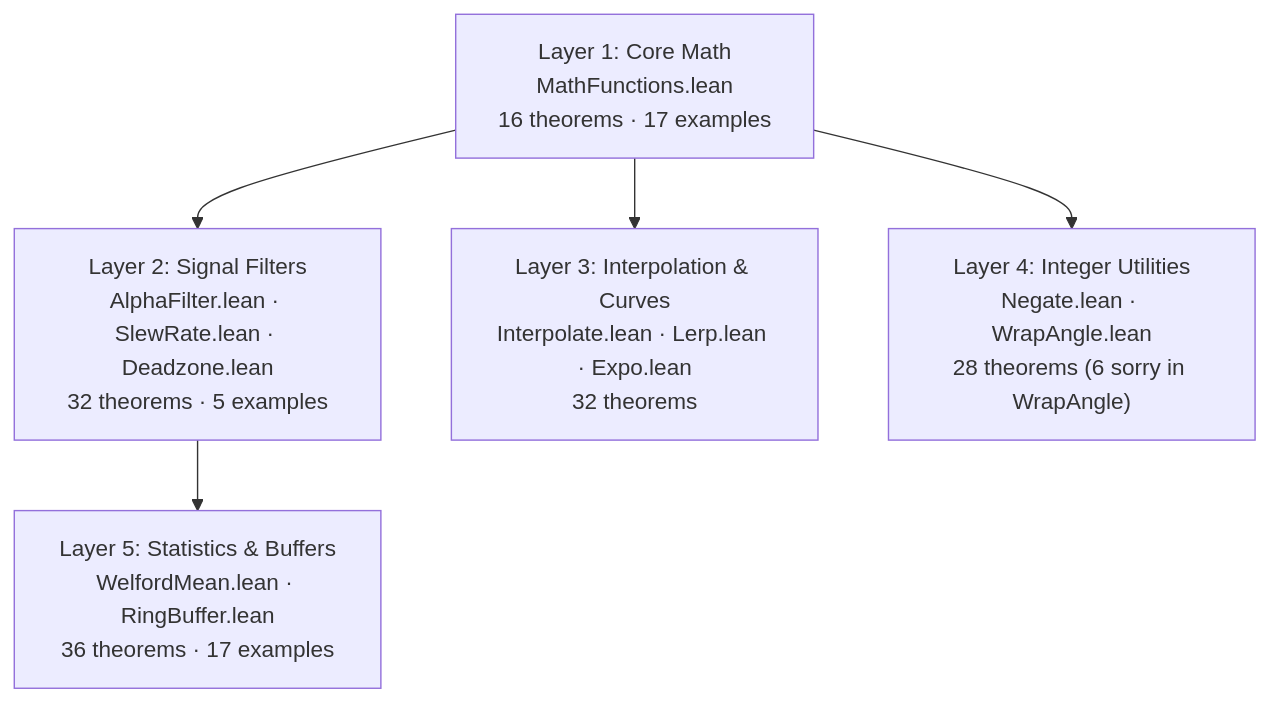
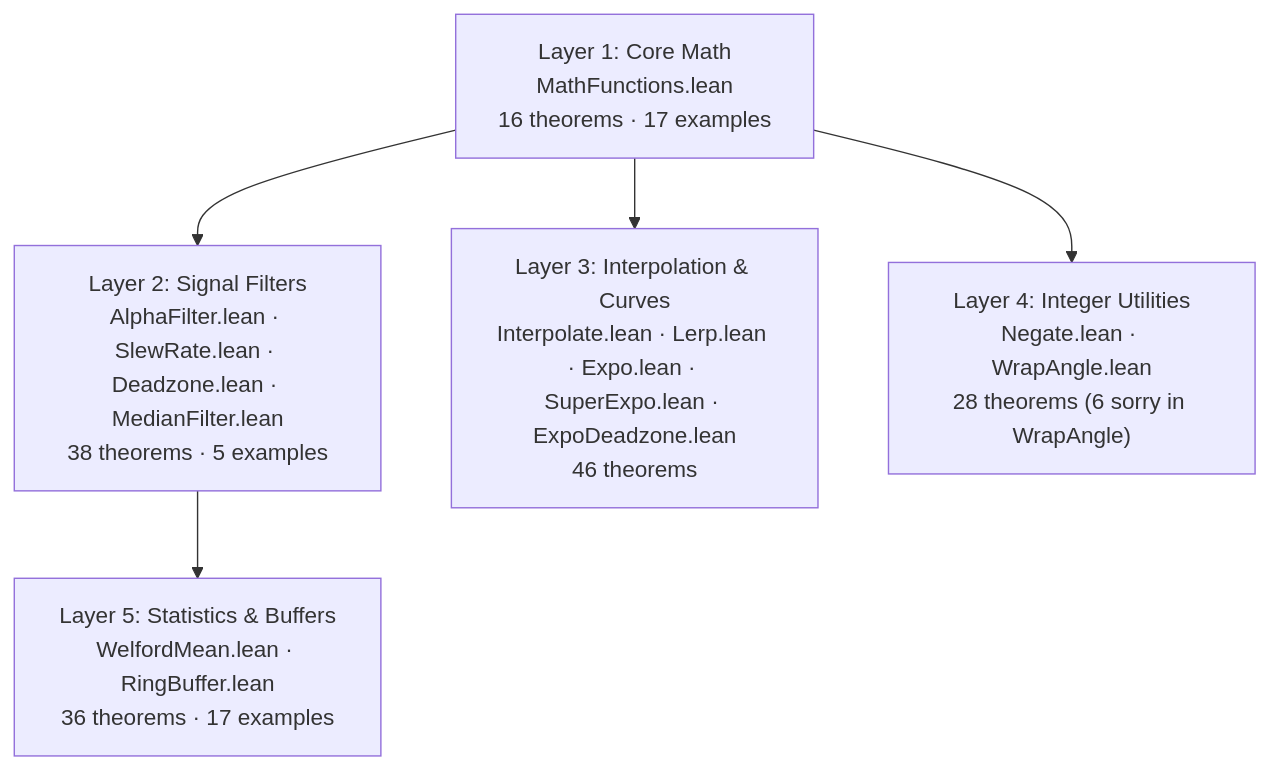
Before and after one commit to dsyme/PX4-Autopilot: the first of 12 diagrams in formal-verification/REPORT.md, drawn with Mermaid. The commit also changed other lines of this file and 3 other files, not shown here.

First line of the commit message:
feat(fv): add ExpoDeadzone Lean spec + update REPORT.md (run34)

````diff
--- a/formal-verification/REPORT.md
+++ b/formal-verification/REPORT.md
@@ -31,12 +31,12 @@
 ```mermaid
 graph TD
     L1["Layer 1: Core Math<br/>MathFunctions.lean<br/>16 theorems · 17 examples"]
-    L2a["Layer 2: Signal Filters<br/>AlphaFilter.lean · SlewRate.lean · Deadzone.lean<br/>32 theorems · 5 examples"]
-    L2b["Layer 3: Interpolation & Curves<br/>Interpolate.lean · Lerp.lean · Expo.lean<br/>32 theorems"]
+    L2a["Layer 2: Signal Filters<br/>AlphaFilter.lean · SlewRate.lean · Deadzone.lean · MedianFilter.lean<br/>38 theorems · 5 examples"]
+    L2b["Layer 3: Interpolation & Curves<br/>Interpolate.lean · Lerp.lean · Expo.lean · SuperExpo.lean · ExpoDeadzone.lean<br/>46 theorems"]
     L4["Layer 4: Integer Utilities<br/>Negate.lean · WrapAngle.lean<br/>28 theorems (6 sorry in WrapAngle)"]
     L5["Layer 5: Statistics & Buffers<br/>WelfordMean.lean · RingBuffer.lean<br/>36 theorems · 17 examples"]
     L1 --> L2a
     L1 --> L2b
     L1 --> L4
     L2a --> L5
 ```
````
